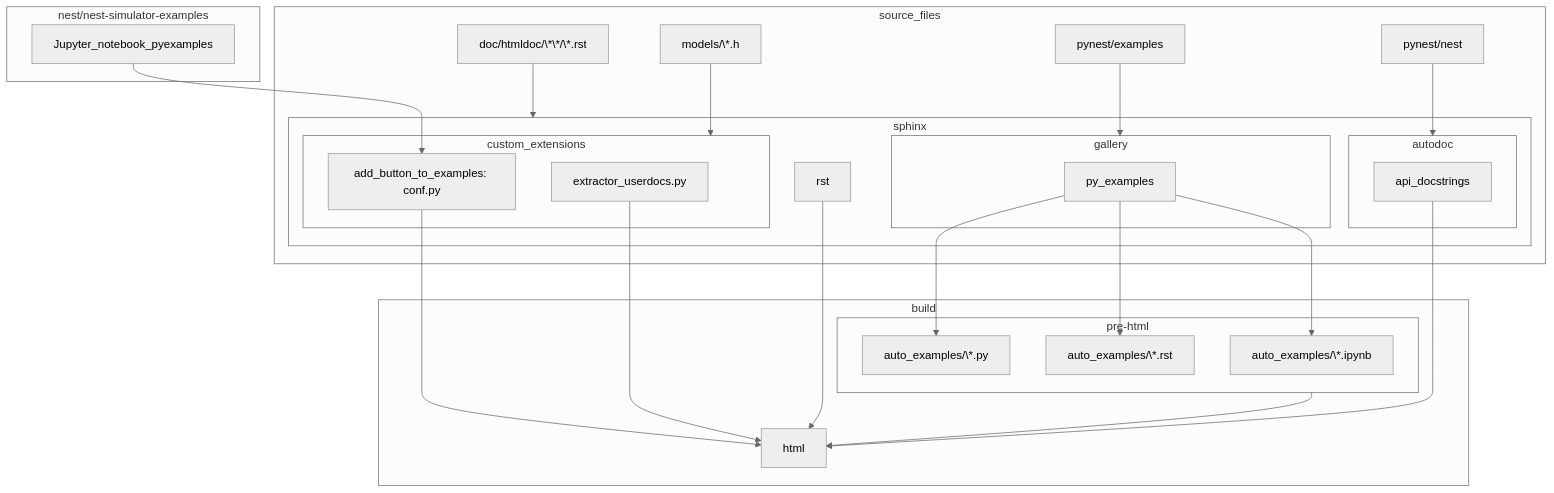
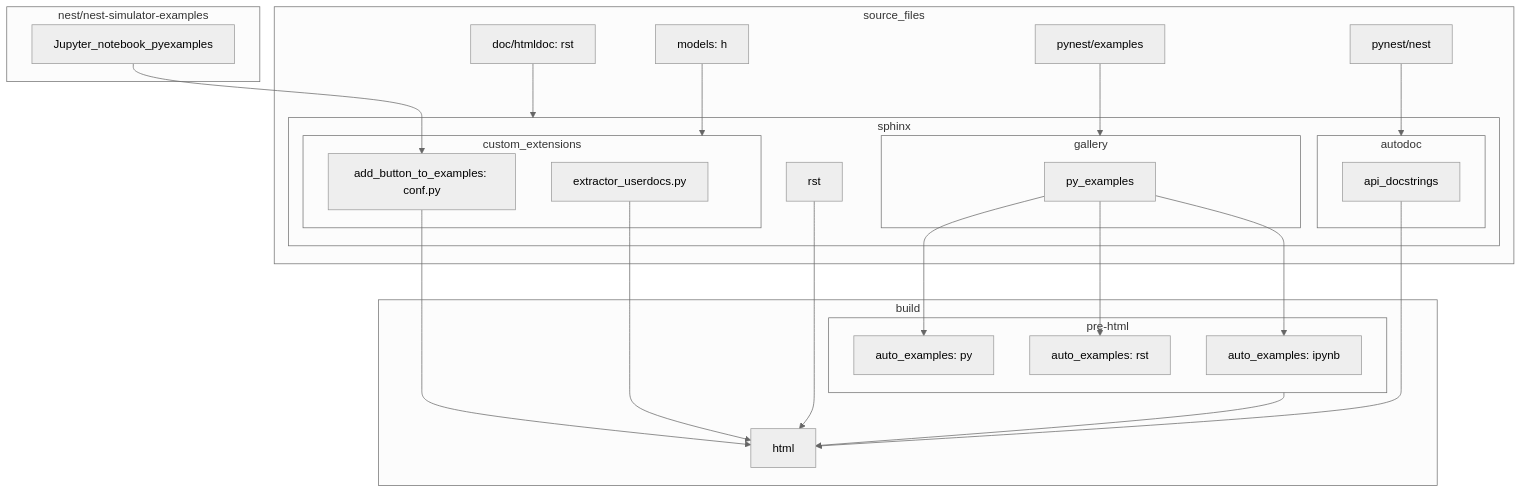
Before and after one commit to nest/nest-simulator: the first of 2 diagrams in doc/htmldoc/developer_space/workflows/documentation_workflow/user_documentation_workflow.rst, drawn with Mermaid (neutral theme). The commit also changed other lines of this file and 2 other files, not shown here.

Commit message:
try to get to work

```diff
--- a/doc/htmldoc/developer_space/workflows/documentation_workflow/user_documentation_workflow.rst
+++ b/doc/htmldoc/developer_space/workflows/documentation_workflow/user_documentation_workflow.rst
@@ -26,36 +26,37 @@
 .. mermaid::
+   :zoom:
 
    flowchart TB
     subgraph build
      html
      pre-html-->html
      subgraph pre-html
-      auto_examples/\*.ipynb
-      auto_examples/\*.rst
-      auto_examples/\*.py
+      ai["auto_examples: ipynb"]
+      ar["auto_examples: rst"]
+      ap["auto_examples: py"]
      end
     end
     subgraph sphinx
      rst-->html
      subgraph autodoc
       api_docstrings-->html
      end
      subgraph gallery
-      py_examples-->auto_examples/\*.ipynb
-      py_examples-->auto_examples/\*.rst
-      py_examples-->auto_examples/\*.py
+      py_examples-->ai
+      py_examples-->ar
+      py_examples-->ap
      end
      subgraph custom_extensions
       extractor_userdocs.py-->html
       button["add_button_to_examples: conf.py"]-->html
      end
     end
     subgraph source_files
-     doc/htmldoc/\*\*/\*.rst-->sphinx
-     models/\*.h-->custom_extensions
-     pynest/examples-->gallery
-     pynest/nest-->autodoc
+     docs["doc/htmldoc: rst"]-->sphinx
+     models["models: h"]-->custom_extensions
+     py["pynest/examples"]-->gallery
+     api["pynest/nest"]-->autodoc
     end
     subgraph nest/nest-simulator-examples
-     Jupyter_notebook_pyexamples-->button["add_button_to_examples: conf.py"]
+     Jupyter_notebook_pyexamples-->button
     end
```
